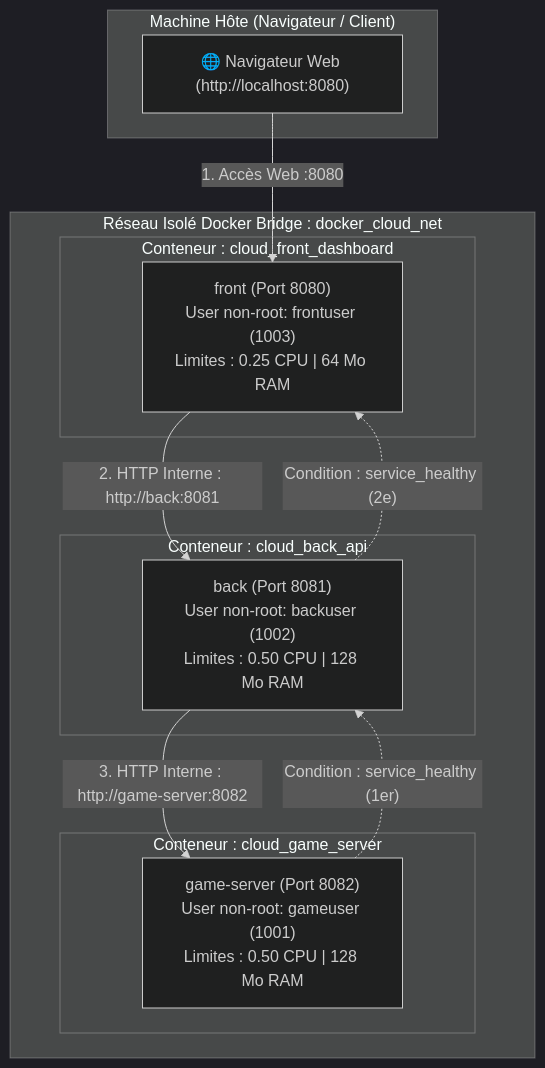
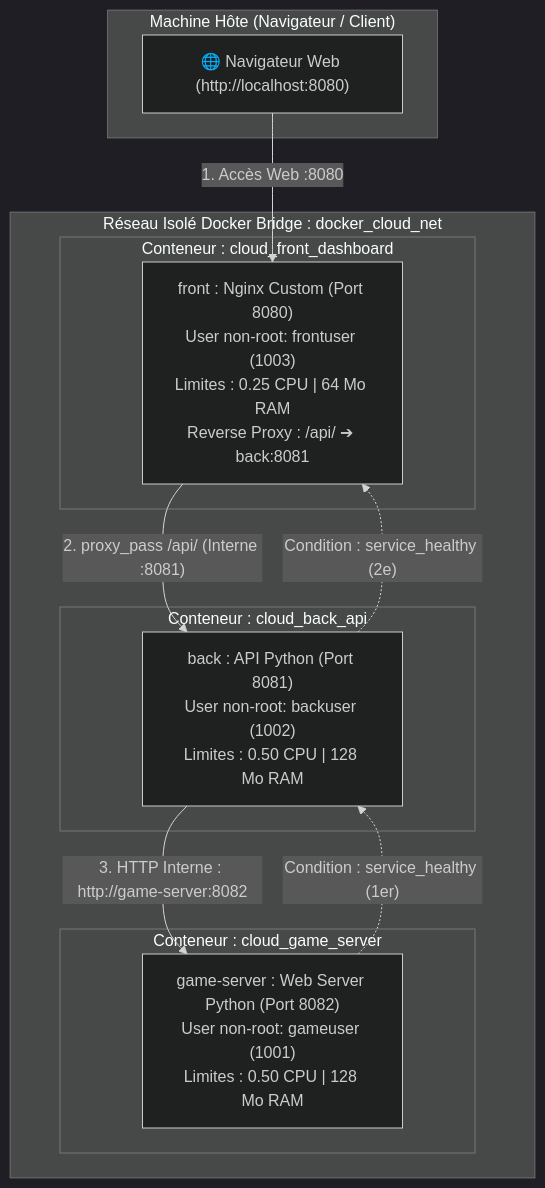
The diagram in README.md (Syrioth/Training_Docker), drawn with Mermaid (dark theme) before and after one commit. The commit also changed other lines of this file and 6 other files, not shown here.

Commit message:
feat: encapsulate front-end using custom non-root Nginx reverse proxy compiled on Alpine

````diff
--- a/README.md
+++ b/README.md
@@ -33,29 +36,29 @@
 ```mermaid
 flowchart TD
     subgraph MachineHote["Machine Hôte (Navigateur / Client)"]
         Browser["🌐 Navigateur Web (http://localhost:8080)"]
     end
 
     subgraph ReseauDocker["Réseau Isolé Docker Bridge : docker_cloud_net"]
         subgraph FrontContainer["Conteneur : cloud_front_dashboard"]
-            Front["front (Port 8080)<br/>User non-root: frontuser (1003)<br/>Limites : 0.25 CPU | 64 Mo RAM"]
+            Front["front : Nginx Custom (Port 8080)<br/>User non-root: frontuser (1003)<br/>Limites : 0.25 CPU | 64 Mo RAM<br/>Reverse Proxy : /api/ ➔ back:8081"]
         end
 
         subgraph BackContainer["Conteneur : cloud_back_api"]
-            Back["back (Port 8081)<br/>User non-root: backuser (1002)<br/>Limites : 0.50 CPU | 128 Mo RAM"]
+            Back["back : API Python (Port 8081)<br/>User non-root: backuser (1002)<br/>Limites : 0.50 CPU | 128 Mo RAM"]
         end
 
         subgraph GameContainer["Conteneur : cloud_game_server"]
-            Game["game-server (Port 8082)<br/>User non-root: gameuser (1001)<br/>Limites : 0.50 CPU | 128 Mo RAM"]
+            Game["game-server : Web Server Python (Port 8082)<br/>User non-root: gameuser (1001)<br/>Limites : 0.50 CPU | 128 Mo RAM"]
         end
     end
 
     %% Flux réseau
     Browser -->|"1. Accès Web :8080"| Front
-    Front -->|"2. HTTP Interne : http://back:8081"| Back
+    Front -->|"2. proxy_pass /api/ (Interne :8081)"| Back
     Back -->|"3. HTTP Interne : http://game-server:8082"| Game
 
     %% Ordre de démarrage garanti
     Game -.->|"Condition : service_healthy (1er)"| Back
     Back -.->|"Condition : service_healthy (2e)"| Front
 ```
````
